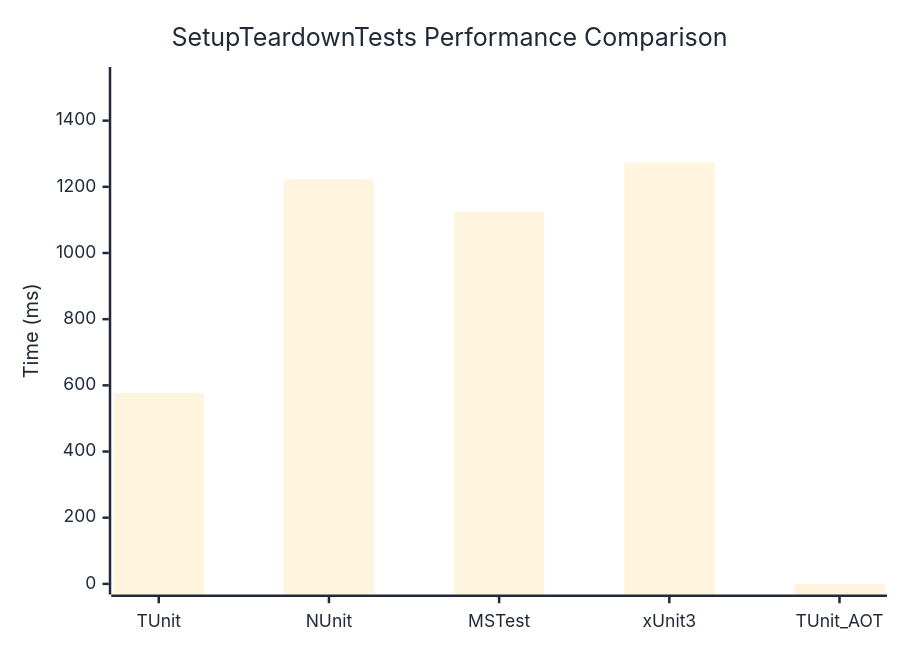
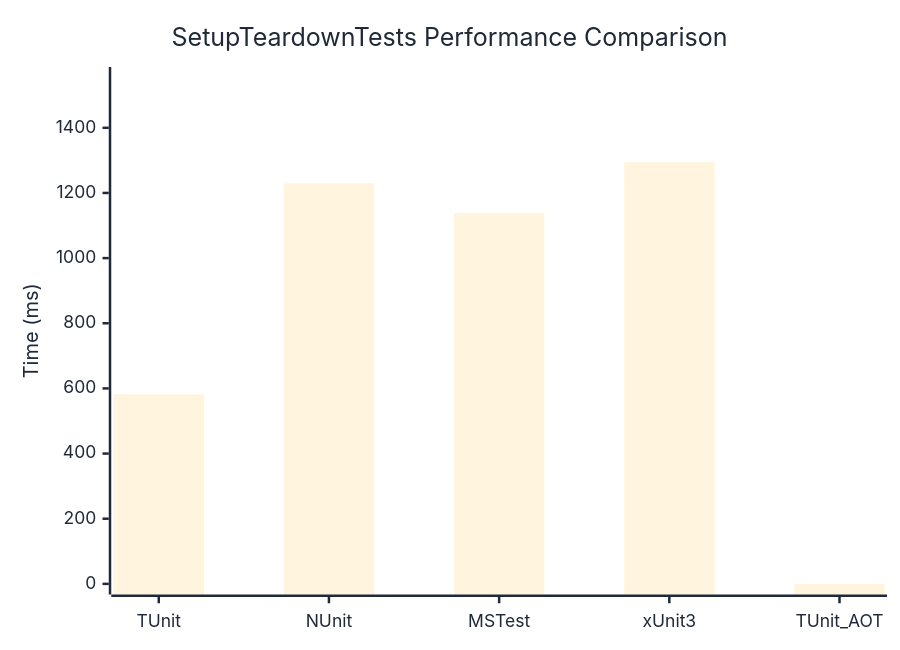
Before and after one commit to thomhurst/TUnit: the diagram in docs/docs/benchmarks/SetupTeardownTests.md, drawn with Mermaid. The commit also changed other lines of this file and 17 other files, not shown here.

````diff
--- a/docs/docs/benchmarks/SetupTeardownTests.md
+++ b/docs/docs/benchmarks/SetupTeardownTests.md
@@ -27,37 +27,37 @@
 ```mermaid
 %%{init: {
   'theme':'base',
   'themeVariables': {
     'primaryColor': '#2563eb',
     'primaryTextColor': '#1f2937',
     'primaryBorderColor': '#1e40af',
     'lineColor': '#6b7280',
     'secondaryColor': '#7c3aed',
     'tertiaryColor': '#dc2626',
     'background': '#ffffff',
     'mainBkg': '#2563eb',
     'secondBkg': '#7c3aed',
     'tertiaryBkg': '#dc2626',
     'clusterBkg': '#f3f4f6',
     'edgeLabelBackground': '#ffffff',
     'tertiaryTextColor': '#1f2937',
     'pie1': '#2563eb',
     'pie2': '#7c3aed',
     'pie3': '#dc2626',
     'pie4': '#f59e0b',
     'pie5': '#10b981',
     'pie6': '#06b6d4',
     'pie7': '#ec4899',
     'pie8': '#6366f1',
     'pie9': '#84cc16',
     'pie10': '#f97316',
     'pie11': '#14b8a6',
     'pie12': '#a855f7'
   }
 }}%%
 xychart-beta
   title "SetupTeardownTests Performance Comparison"
   x-axis ["TUnit", "NUnit", "MSTest", "xUnit3", "TUnit_AOT"]
-  y-axis "Time (ms)" 0 --> 1530
-  bar [577.1, 1223, 1124.5, 1274.5, 0]
+  y-axis "Time (ms)" 0 --> 1554
+  bar [581.8, 1229.6, 1138.2, 1294.5, 0]
 ```
````
